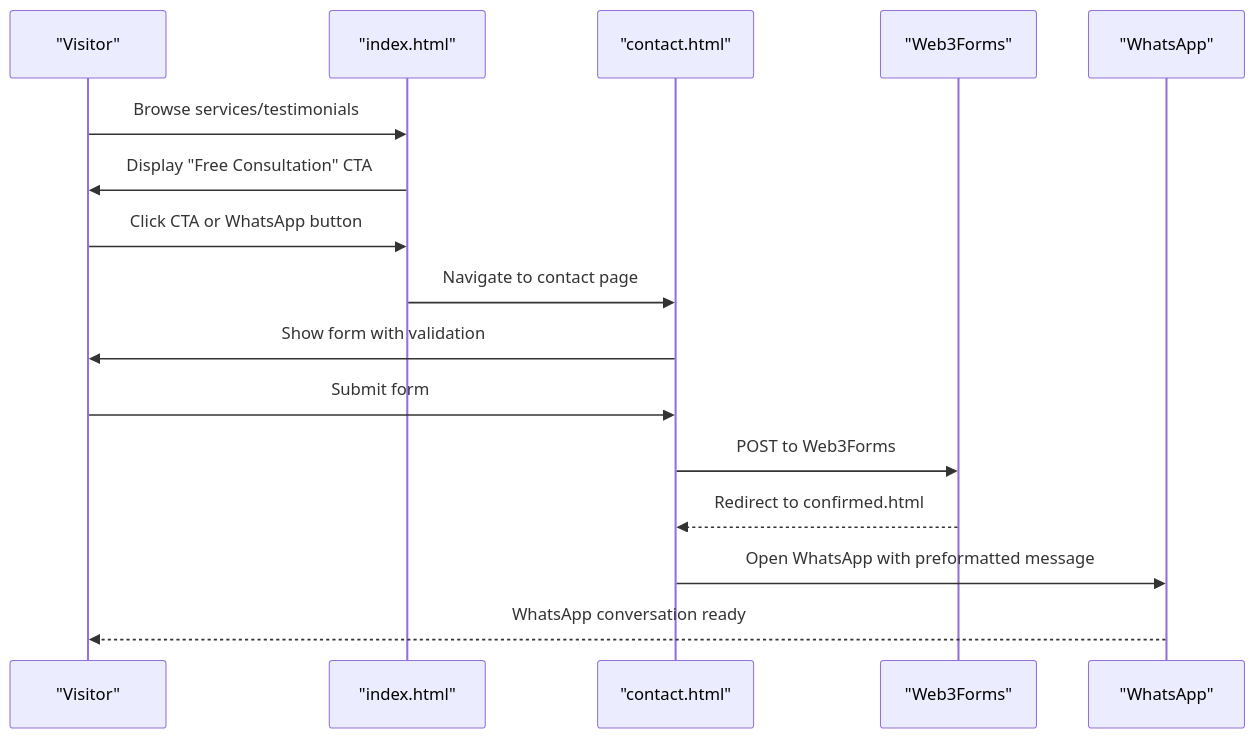
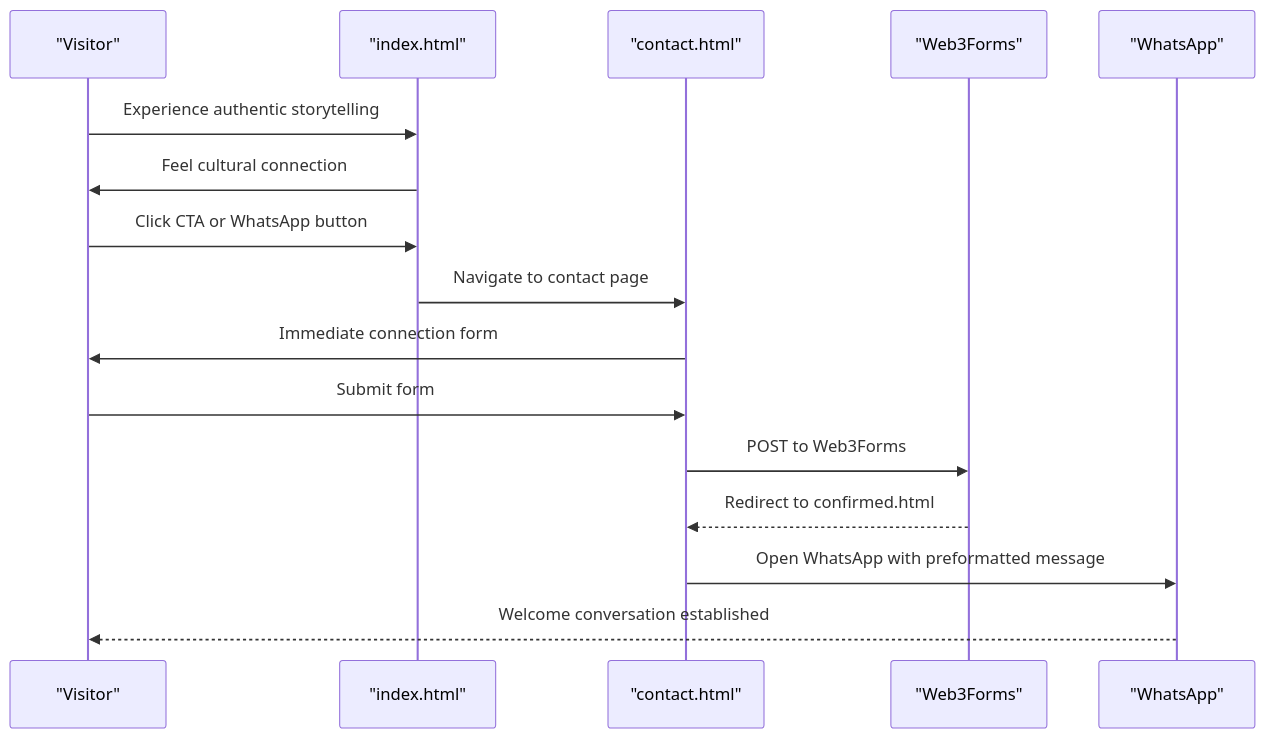
One commit to lynchip/graduates changed the second of 8 diagrams in .qoder/repowiki/en/content/Project Overview/Marketing Approach & Conversion Strategy.md. Above: the diagram before and after it, drawn with Mermaid. The commit also changed other lines of this file and 12 other files, not shown here.

````diff
--- a/.qoder/repowiki/en/content/Project Overview/Marketing Approach & Conversion Strategy.md
+++ b/.qoder/repowiki/en/content/Project Overview/Marketing Approach & Conversion Strategy.md
@@ -96,18 +108,18 @@
 ```mermaid
 sequenceDiagram
 participant Visitor as "Visitor"
 participant Home as "index.html"
 participant Contact as "contact.html"
 participant Form as "Web3Forms"
 participant WA as "WhatsApp"
-Visitor->>Home : Browse services/testimonials
-Home->>Visitor : Display "Free Consultation" CTA
+Visitor->>Home : Experience authentic storytelling
+Home->>Visitor : Feel cultural connection
 Visitor->>Home : Click CTA or WhatsApp button
 Home->>Contact : Navigate to contact page
-Contact->>Visitor : Show form with validation
+Contact->>Visitor : Immediate connection form
 Visitor->>Contact : Submit form
 Contact->>Form : POST to Web3Forms
 Form-->>Contact : Redirect to confirmed.html
 Contact->>WA : Open WhatsApp with preformatted message
-WA-->>Visitor : WhatsApp conversation ready
+WA-->>Visitor : Welcome conversation established
 ```
````
